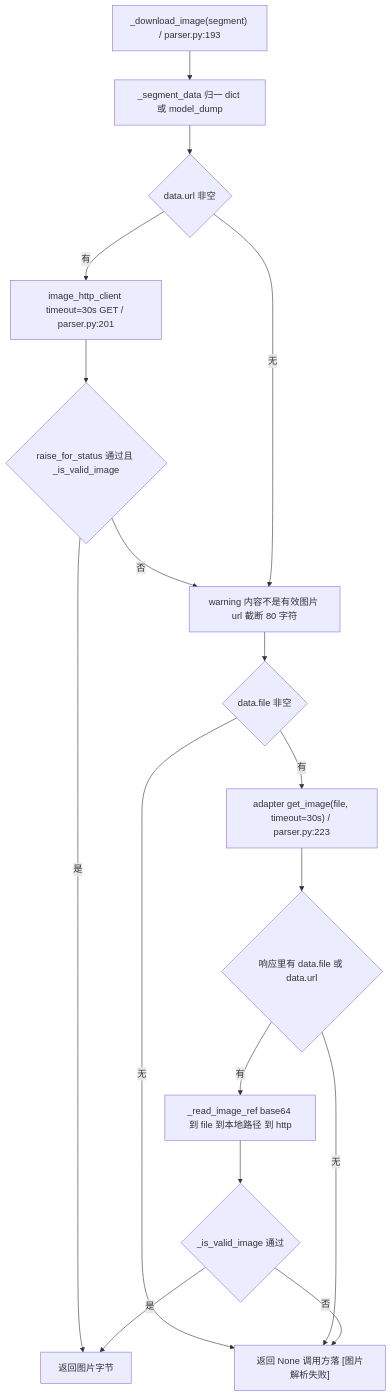
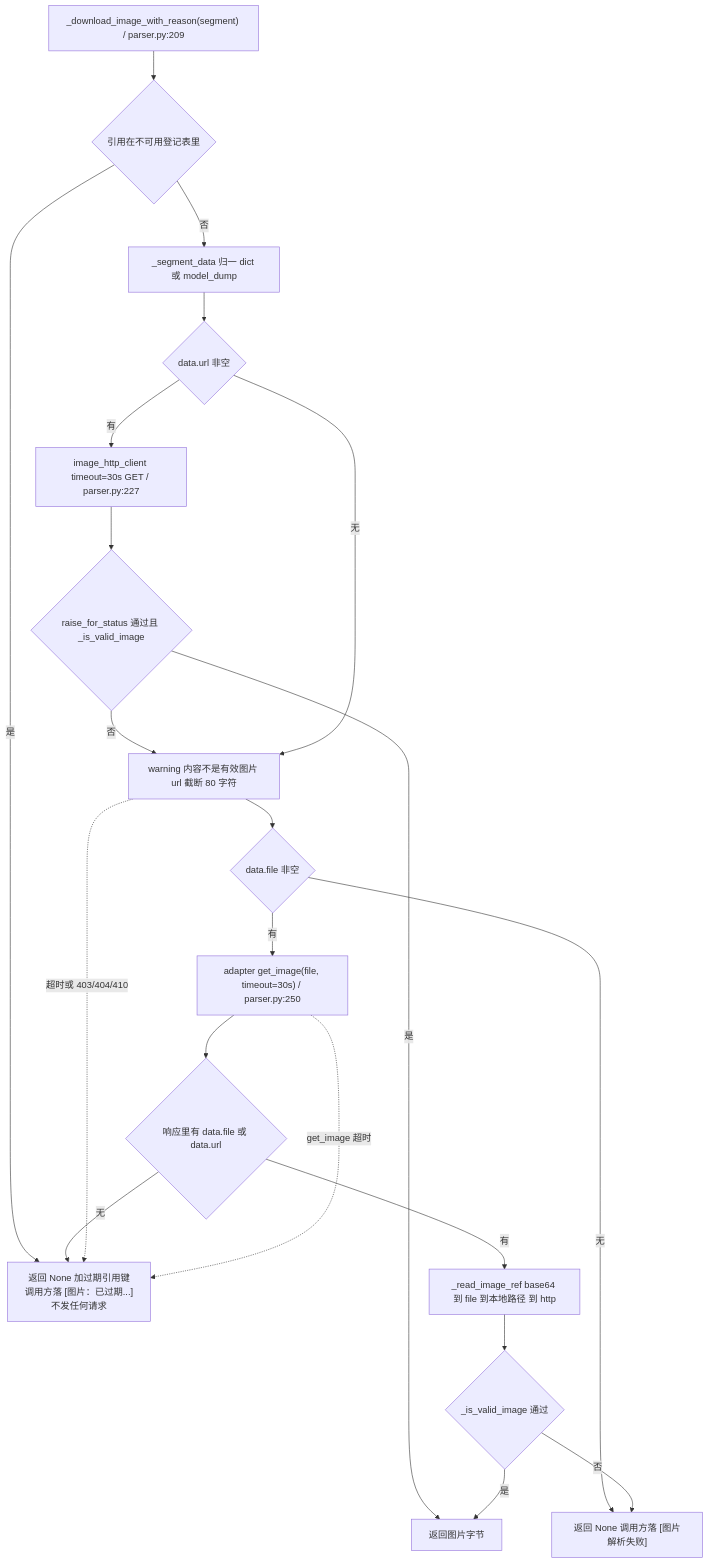
One commit to SuperQuail/NeoBot changed the third of 14 diagrams in docs/flow/14-emoji-image-parse.md. Above: the diagram before and after it, drawn with Mermaid. The commit also changed other lines of this file and 6 other files, not shown here.

First line of the commit message:
docs(flow): 同步图片过期的登记与回显并重新盖章

````diff
--- a/docs/flow/14-emoji-image-parse.md
+++ b/docs/flow/14-emoji-image-parse.md
@@ -126,19 +127,23 @@
 ```mermaid
 flowchart TD
-    A["_download_image(segment) / parser.py:193"] --> B["_segment_data 归一 dict 或 model_dump"]
+    A["_download_image_with_reason(segment) / parser.py:209"] --> A0{"引用在不可用登记表里"}
+    A0 -- 是 --> EXP["返回 None 加过期引用键<br/>调用方落 [图片：已过期...]<br/>不发任何请求"]
+    A0 -- 否 --> B["_segment_data 归一 dict 或 model_dump"]
     B --> C{"data.url 非空"}
-    C -- 有 --> D["image_http_client timeout=30s GET / parser.py:201"]
+    C -- 有 --> D["image_http_client timeout=30s GET / parser.py:227"]
     D --> E{"raise_for_status 通过且 _is_valid_image"}
     E -- 是 --> OK["返回图片字节"]
     E -- 否 --> W["warning 内容不是有效图片 url 截断 80 字符"]
     C -- 无 --> W
     W --> F{"data.file 非空"}
     F -- 无 --> NONE["返回 None 调用方落 [图片解析失败]"]
-    F -- 有 --> G["adapter get_image(file, timeout=30s) / parser.py:223"]
+    F -- 有 --> G["adapter get_image(file, timeout=30s) / parser.py:250"]
     G --> H{"响应里有 data.file 或 data.url"}
-    H -- 无 --> NONE
+    H -- 无 --> EXP
     H -- 有 --> I["_read_image_ref base64 到 file 到本地路径 到 http"]
     I --> J{"_is_valid_image 通过"}
     J -- 否 --> NONE
     J -- 是 --> OK
+    W -. 超时或 403/404/410 .-> EXP
+    G -. get_image 超时 .-> EXP
 ```
````
